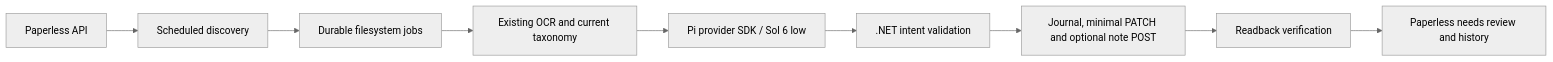
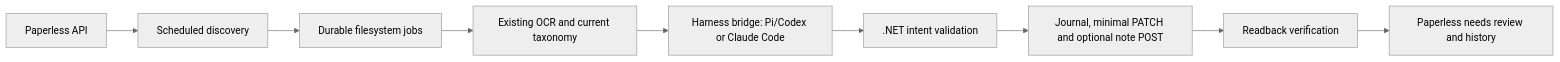
Before and after one commit to mggarofalo/paperless-llm: the diagram in docs/architecture.md, drawn with Mermaid (neutral theme). The commit also changed other lines of this file and 29 other files, not shown here.

First line of the commit message:
feat: support a Claude Code harness selected by configuration (#24)

````diff
--- a/docs/architecture.md
+++ b/docs/architecture.md
@@ -5,11 +5,11 @@
 ```mermaid
 flowchart LR
   P[Paperless API] --> D[Scheduled discovery]
   D --> J[Durable filesystem jobs]
   J --> C[Existing OCR and current taxonomy]
-  C --> L[Pi provider SDK / Sol 6 low]
+  C --> L[Harness bridge: Pi/Codex or Claude Code]
   L --> V[.NET intent validation]
   V --> S[Journal, minimal PATCH and optional note POST]
   S --> R[Readback verification]
   R --> H[Paperless needs review and history]
 ```
````
